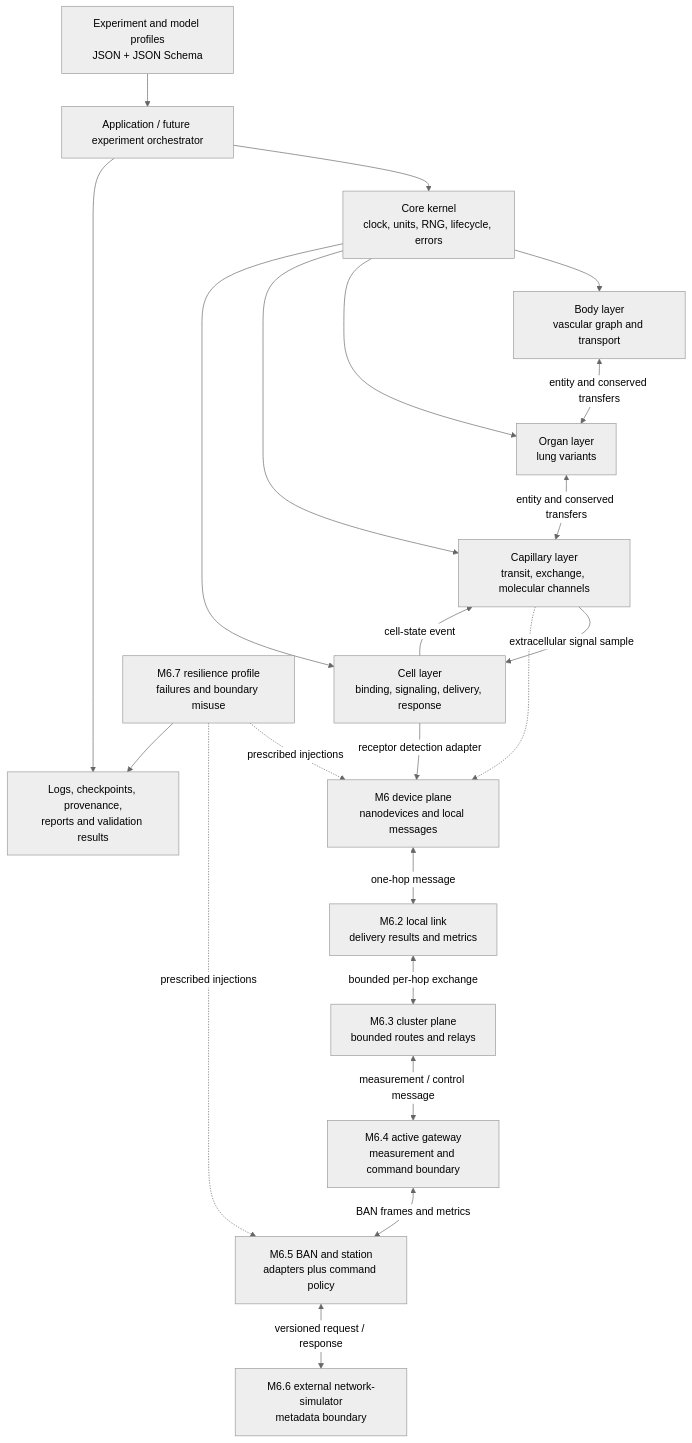
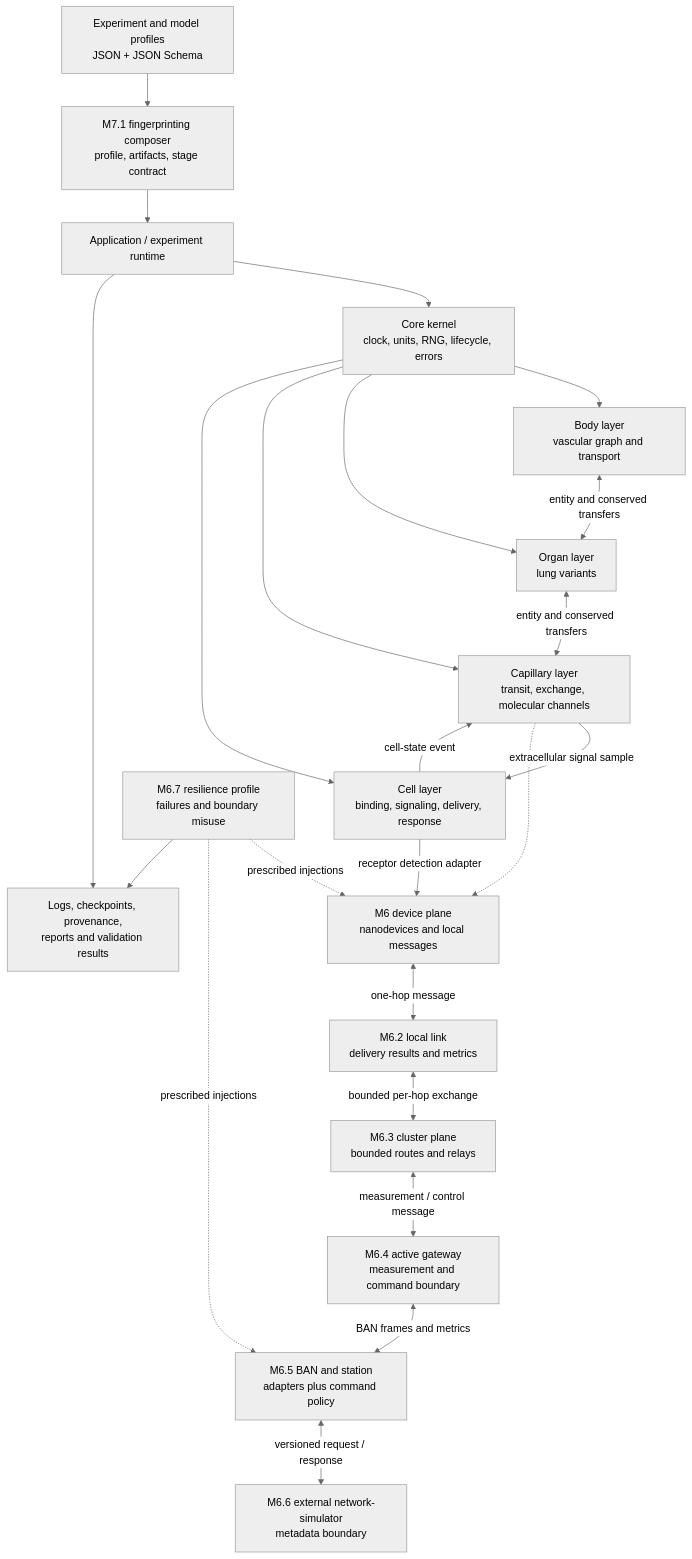
One commit to RegineWendt/MEHLISSA changed the first of 2 diagrams in docs/architecture/SOFTWARE_ARCHITECTURE.md. Above: the diagram before and after it, drawn with Mermaid (neutral theme). The commit also changed other lines of this file and 24 other files, not shown here.

Commit message:
Implement M7.1 fingerprinting composition contract

````diff
--- a/docs/architecture/SOFTWARE_ARCHITECTURE.md
+++ b/docs/architecture/SOFTWARE_ARCHITECTURE.md
@@ -35,40 +35,42 @@
 ```mermaid
 flowchart TB
     Manifest[Experiment and model profiles<br/>JSON + JSON Schema]
-    Runner[Application / future experiment orchestrator]
+    Runner[Application / experiment runtime]
+    Composer[M7.1 fingerprinting composer<br/>profile, artifacts, stage contract]
     Kernel[Core kernel<br/>clock, units, RNG, lifecycle, errors]
     Body[Body layer<br/>vascular graph and transport]
     Organ[Organ layer<br/>lung variants]
     Capillary[Capillary layer<br/>transit, exchange, molecular channels]
     Cell[Cell layer<br/>binding, signaling, delivery, response]
     IoT[M6 device plane<br/>nanodevices and local messages]
     LocalLink[M6.2 local link<br/>delivery results and metrics]
     Cluster[M6.3 cluster plane<br/>bounded routes and relays]
     Gateway[M6.4 active gateway<br/>measurement and command boundary]
     External[M6.5 BAN and station<br/>adapters plus command policy]
     NetworkSim[M6.6 external network-simulator<br/>metadata boundary]
     Resilience[M6.7 resilience profile<br/>failures and boundary misuse]
     Evidence[Logs, checkpoints, provenance,<br/>reports and validation results]
 
-    Manifest --> Runner
+    Manifest --> Composer
+    Composer --> Runner
     Runner --> Kernel
     Kernel --> Body
     Kernel --> Organ
     Kernel --> Capillary
     Kernel --> Cell
     Body <-->|entity and conserved transfers| Organ
     Organ <-->|entity and conserved transfers| Capillary
     Capillary -->|extracellular signal sample| Cell
     Cell -->|cell-state event| Capillary
     Capillary -.-> IoT
     Cell -->|receptor detection adapter| IoT
     IoT <-->|one-hop message| LocalLink
     LocalLink <-->|bounded per-hop exchange| Cluster
     Cluster <-->|measurement / control message| Gateway
     Gateway <-->|BAN frames and metrics| External
     External <-->|versioned request / response| NetworkSim
     Resilience -.->|prescribed injections| IoT
     Resilience -.->|prescribed injections| External
     Resilience --> Evidence
     Runner --> Evidence
 ```
````
